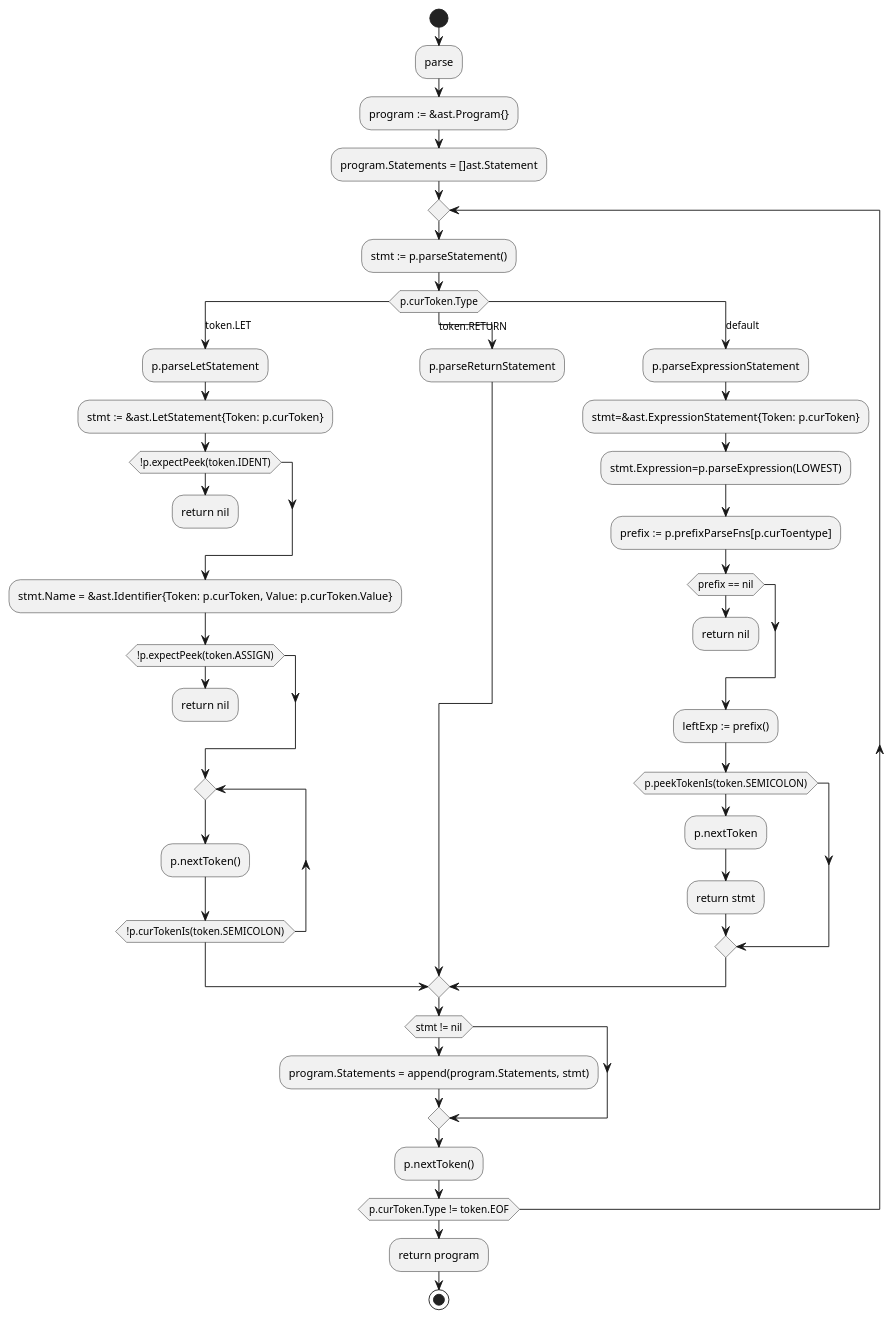
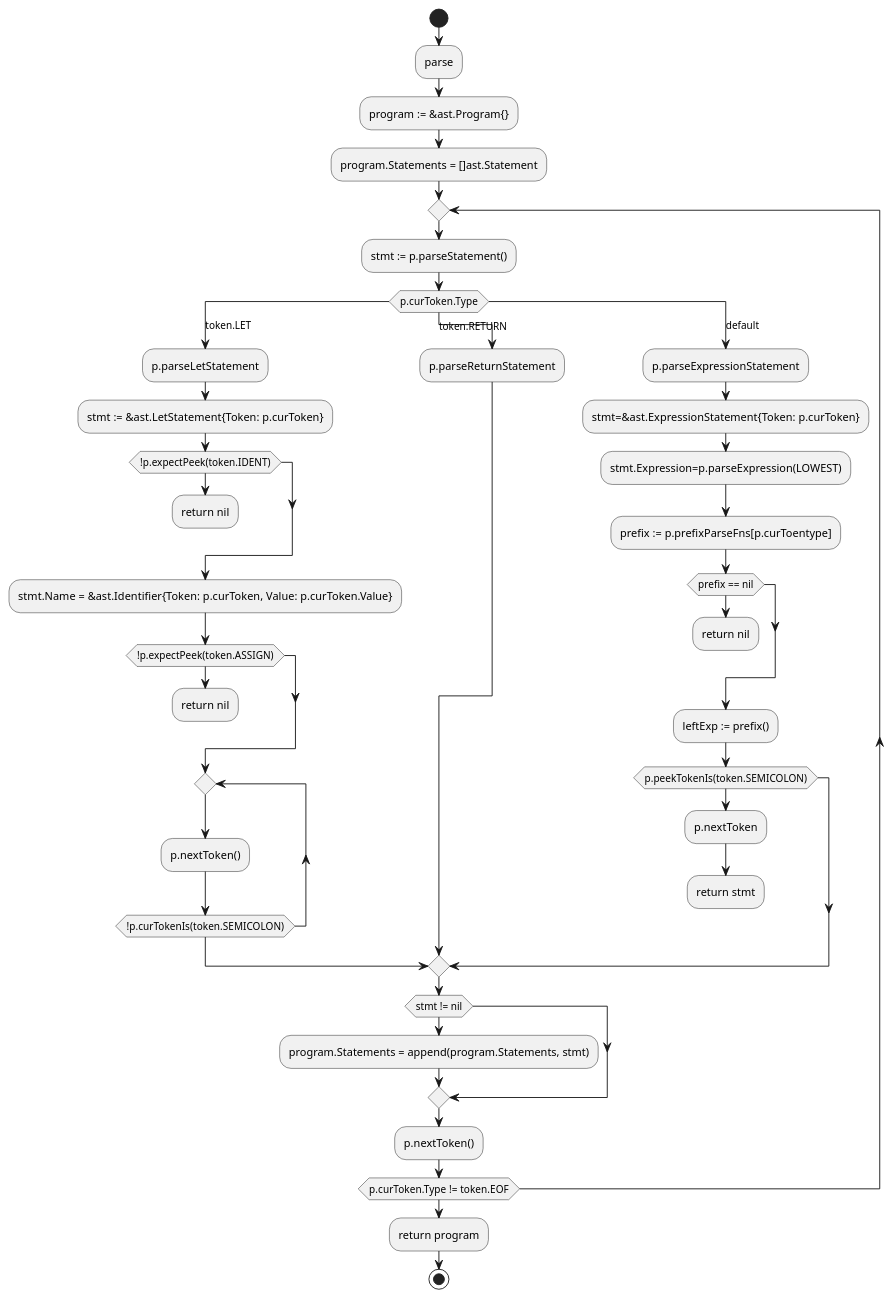
Before and after one commit to huayun321/yun-interpreter: the diagram in parser/parse.puml, drawn with PlantUML. The commit also changed 1 other file, not shown here.

Commit message:
add parse uml

```diff
--- a/parser/parse.puml
+++ b/parser/parse.puml
@@ -1,52 +1,53 @@
 @startuml
 'https://plantuml.com/activity-diagram-beta
 
 start
 :parse;
 :program := &ast.Program{};
 :program.Statements = []ast.Statement;
 repeat
 :stmt := p.parseStatement();
 switch(p.curToken.Type)
 case(token.LET)
 :p.parseLetStatement;
 :stmt := &ast.LetStatement{Token: p.curToken};
 if(!p.expectPeek(token.IDENT)) then
 :return nil;
 detach
 endif
 :stmt.Name = &ast.Identifier{Token: p.curToken, Value: p.curToken.Value};
 if(!p.expectPeek(token.ASSIGN)) then
 :return nil;
 kill
 endif
 repeat
 :p.nextToken();
 repeat while (!p.curTokenIs(token.SEMICOLON))
 case(token.RETURN)
 :p.parseReturnStatement;
 case(default)
 :p.parseExpressionStatement;
 :stmt=&ast.ExpressionStatement{Token: p.curToken};
 :stmt.Expression=p.parseExpression(LOWEST);
 :prefix := p.prefixParseFns[p.curToentype];
 if (prefix == nil) then
 :return nil;
 kill
 endif
 :leftExp := prefix();
 if (p.peekTokenIs(token.SEMICOLON)) then
 :p.nextToken;
 :return stmt;
+kill
 endif
 endswitch
 if (stmt != nil) then
 :program.Statements = append(program.Statements, stmt);
 endif
 :p.nextToken();
 repeat while (p.curToken.Type != token.EOF)
 :return program;
 
 stop
 
 @enduml
```
